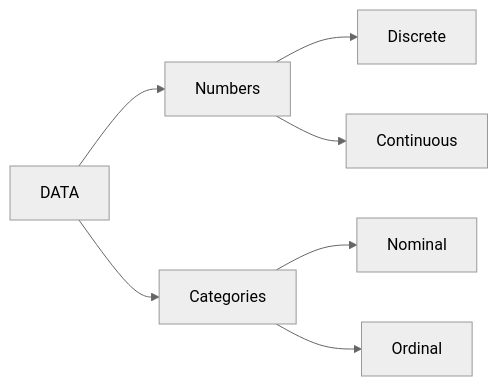
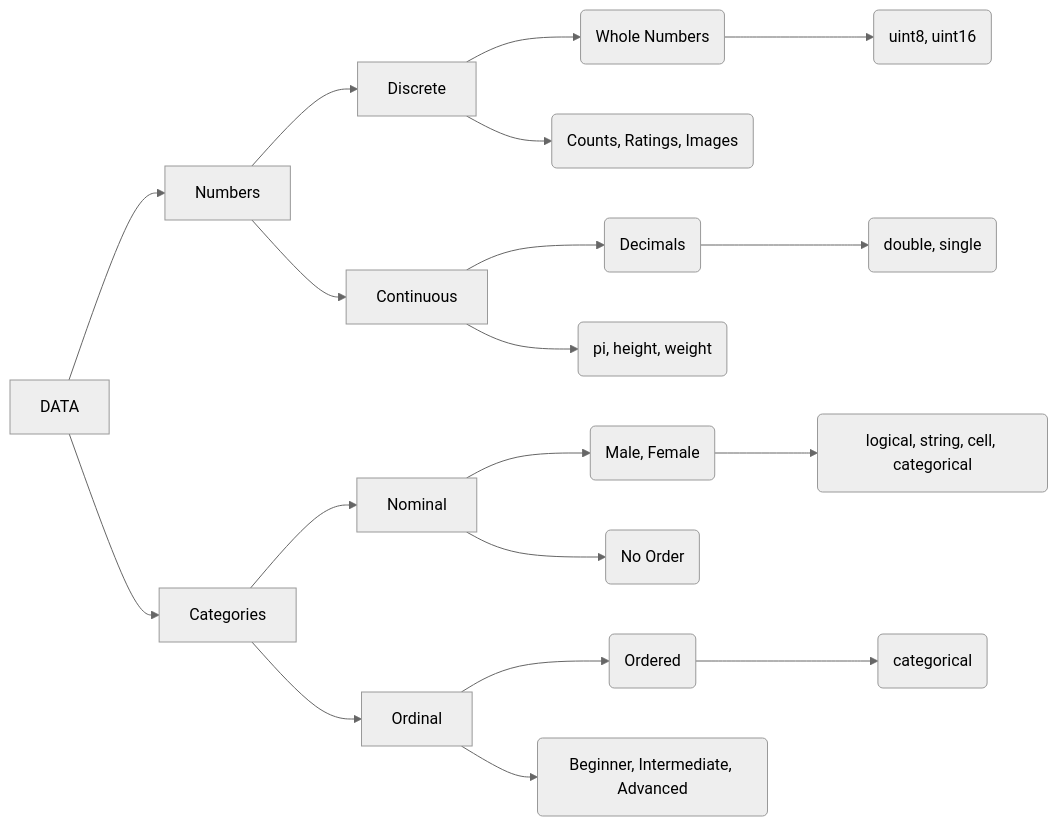
The diagram in docs/dataWrangling/dataTypes.md (salcedoe/MtMdocs), drawn with Mermaid (neutral theme) before and after one commit. The commit also changed other lines of this file and 17 other files, not shown here.

````diff
--- a/docs/dataWrangling/dataTypes.md
+++ b/docs/dataWrangling/dataTypes.md
@@ -3,9 +12,21 @@
 ```mermaid
 graph LR
     A[DATA] --> B[Numbers];
     A[DATA] --> C[Categories];
     B --> D[Discrete];
     B --> E[Continuous];
     C --> F[Nominal];
     C --> G[Ordinal];
+    E --> H(Decimals)
+    E --> I(pi, height, weight)
+    H --> R(double, single)
+    D --> L(Whole Numbers)
+    D --> k(Counts, Ratings, Images)
+    L --> Q(uint8, uint16)
+    F --> M(Male, Female)
+    F --> N(No Order)
+    G --> O(Ordered)
+    G --> P(Beginner, Intermediate, Advanced)
+    M --> S(logical, string, cell, categorical)
+    O --> T(categorical)
 ```
````
